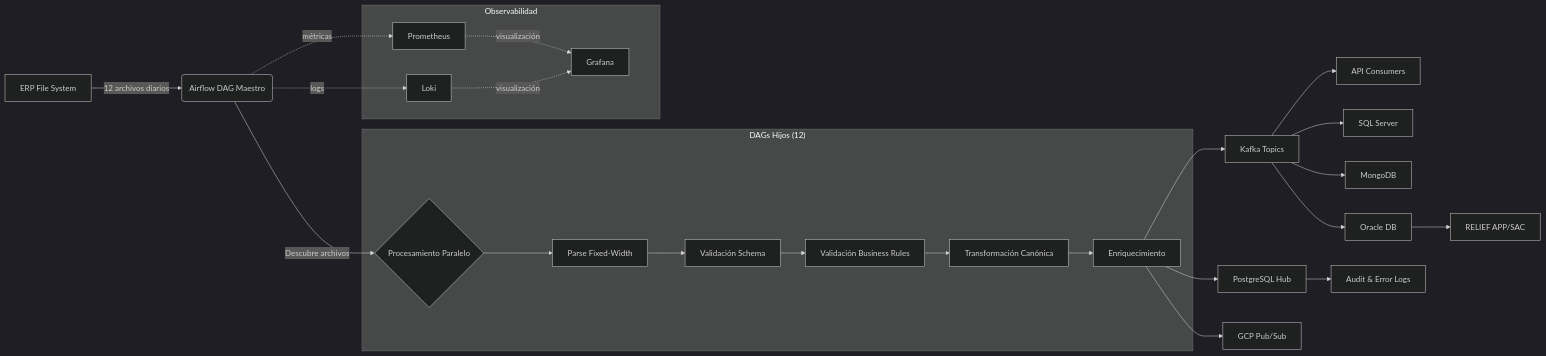
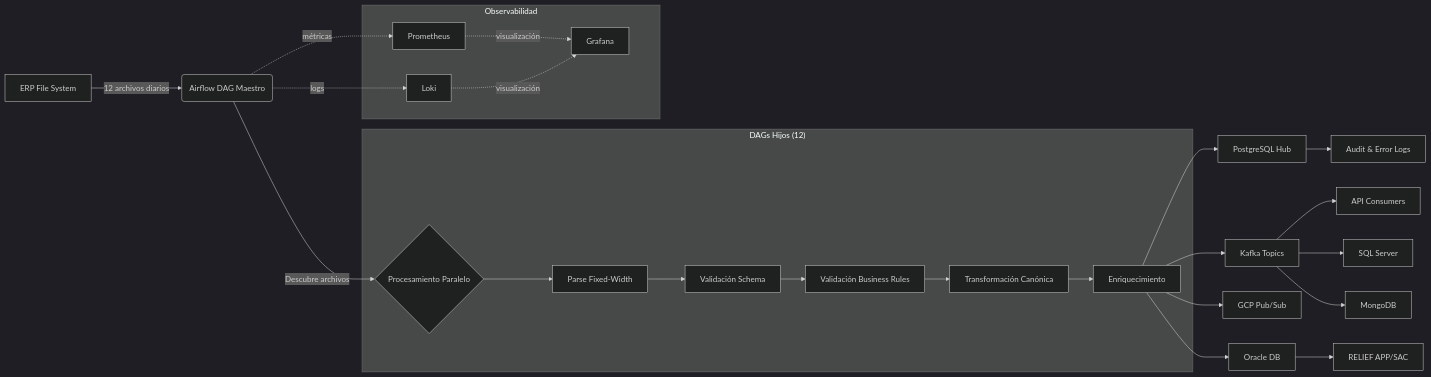
The diagram in README.md (ikitech-solutions/ikitech-grupo-exito-c1), drawn with Mermaid (dark theme) before and after one commit. The commit also changed other lines of this file, not shown here.

First line of the commit message:
Fix data flow diagram: Oracle receives data directly from Airflow DAGs, not from Kafka

````diff
--- a/README.md
+++ b/README.md
@@ -111,37 +112,37 @@
 ```mermaid
 graph LR
     A[ERP File System] -->|12 archivos diarios| B(Airflow DAG Maestro)
     B -->|Descubre archivos| C{Procesamiento Paralelo}
     
     subgraph "DAGs Hijos (12)"
         C --> D1[Parse Fixed-Width]
         D1 --> D2[Validación Schema]
         D2 --> D3[Validación Business Rules]
         D3 --> D4[Transformación Canónica]
         D4 --> D5[Enriquecimiento]
     end
     
     D5 --> E[PostgreSQL Hub]
     D5 --> F[Kafka Topics]
     D5 --> G[GCP Pub/Sub]
+    D5 --> H4[Oracle DB]
     
     F --> H1[API Consumers]
     F --> H2[SQL Server]
     F --> H3[MongoDB]
-    F --> H4[Oracle DB]
     
     H4 --> I[RELIEF APP/SAC]
     
     E --> J[Audit & Error Logs]
     
     subgraph "Observabilidad"
         K[Prometheus]
         L[Grafana]
         M[Loki]
     end
     
     B -.métricas.-> K
     K -.visualización.-> L
     B -.logs.-> M
     M -.visualización.-> L
 ```
````
